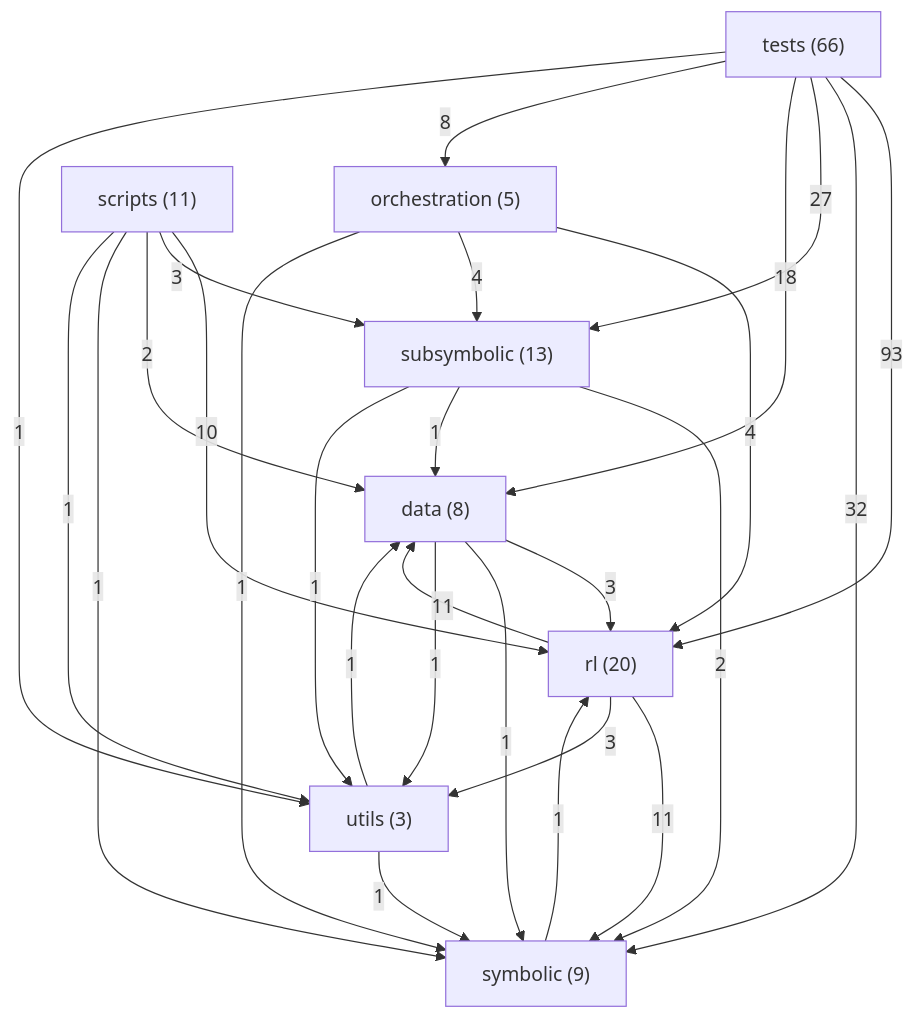
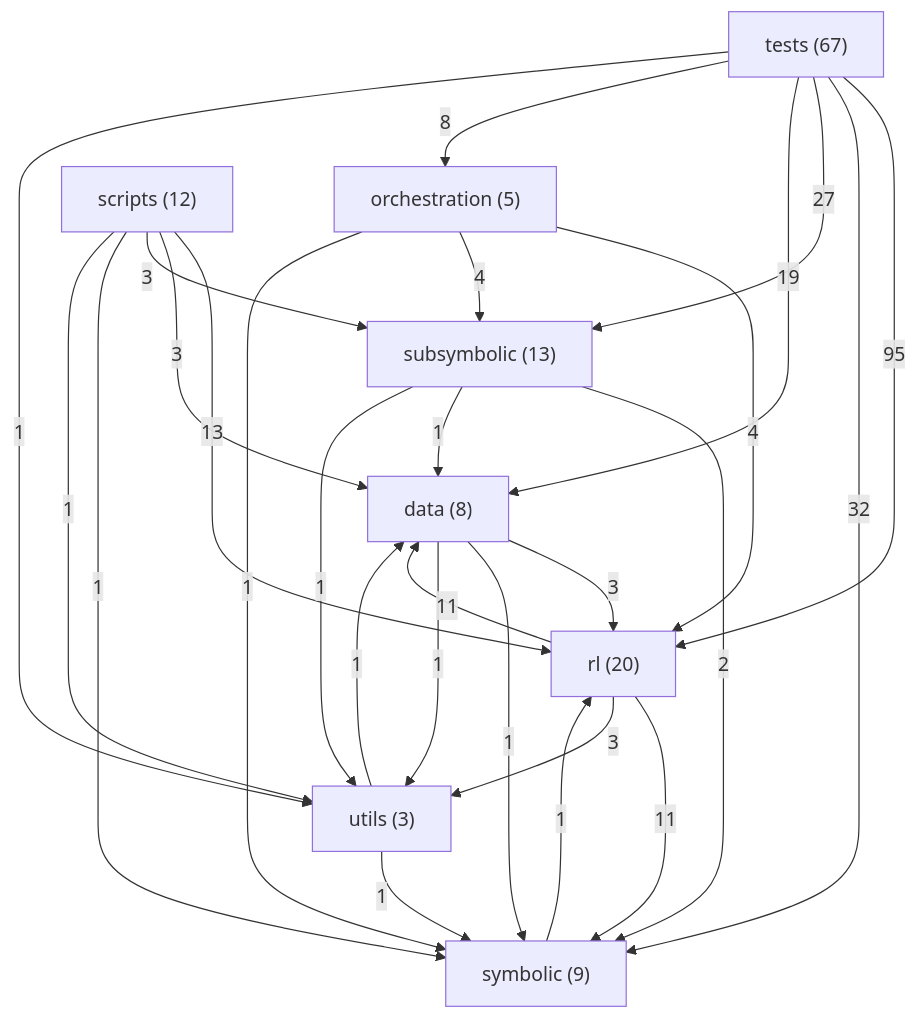
Before and after one commit to danrd/ARC-AGI: the diagram in ARCHITECTURE.md, drawn with Mermaid. The commit also changed other lines of this file and 2 other files, not shown here.

Commit message:
Put the observation comparison series in the repo
scripts/rl_compare.py runs the (task, arm, seed) grid over object-only,
default, grid-only, grid+deltas, deltas-as-channels and wide-encoder arms,
resumable and shardable, and reads the gate precision (share of runs closing
every training pair that also close the held-out pair). The wide arm is now
a real encoder factory; in the earlier series it was a copy of the channels arm.

Claude-Session: https://claude.ai/code/session_01AxUKUd9JPHao7rQPt3sTcu

````diff
--- a/ARCHITECTURE.md
+++ b/ARCHITECTURE.md
@@ -162,37 +162,37 @@
 ```mermaid
 graph TD
   data["data (8)"]
   orchestration["orchestration (5)"]
   rl["rl (20)"]
-  scripts["scripts (11)"]
+  scripts["scripts (12)"]
   subsymbolic["subsymbolic (13)"]
   symbolic["symbolic (9)"]
-  tests["tests (66)"]
+  tests["tests (67)"]
   utils["utils (3)"]
-  tests -->|93| rl
+  tests -->|95| rl
   tests -->|32| symbolic
   tests -->|27| subsymbolic
-  tests -->|18| data
+  tests -->|19| data
+  scripts -->|13| rl
   rl -->|11| data
   rl -->|11| symbolic
-  scripts -->|10| rl
   tests -->|8| orchestration
   orchestration -->|4| rl
   orchestration -->|4| subsymbolic
   data -->|3| rl
   rl -->|3| utils
+  scripts -->|3| data
   scripts -->|3| subsymbolic
-  scripts -->|2| data
   subsymbolic -->|2| symbolic
   data -->|1| symbolic
   data -->|1| utils
   orchestration -->|1| symbolic
   scripts -->|1| symbolic
   scripts -->|1| utils
   subsymbolic -->|1| data
   subsymbolic -->|1| utils
   symbolic -->|1| rl
   tests -->|1| utils
   utils -->|1| data
   utils -->|1| symbolic
 ```
````
